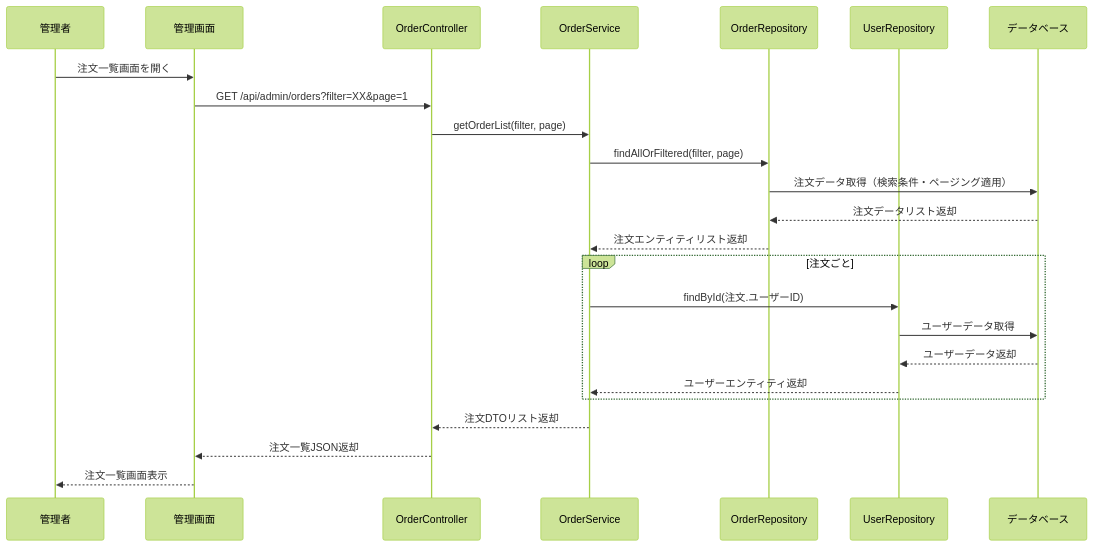
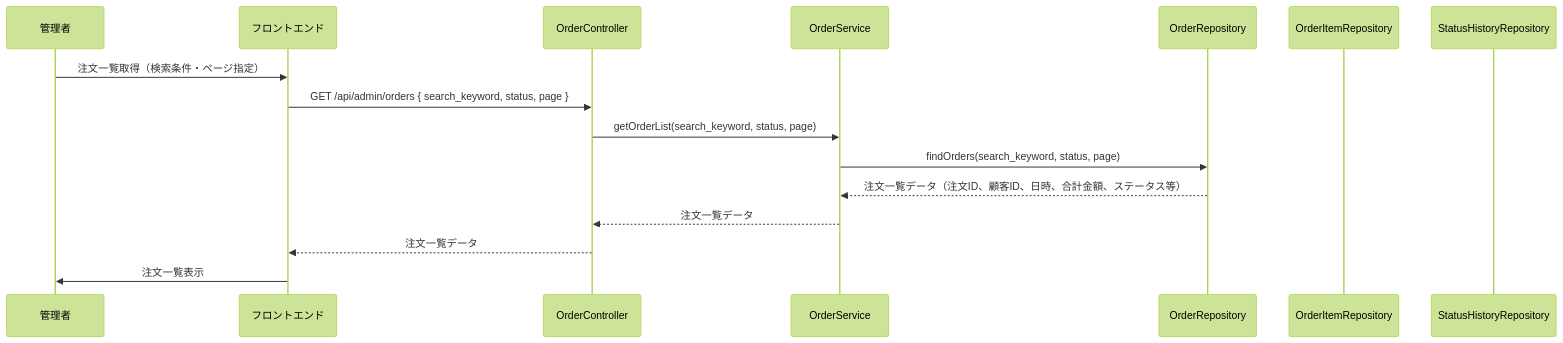
Before and after one commit to Aoi-Yaegashi/teamF: diagram 28 of 39 in 詳細設計/担当B_村田/3.2 機能詳細.md, drawn with Mermaid (forest theme). The commit also changed other lines of this file and 1 other file, not shown here.

```diff
--- a/詳細設計/担当B_村田/3.2 機能詳細.md
+++ b/詳細設計/担当B_村田/3.2 機能詳細.md
@@ -976,29 +1091,39 @@
    <div class="mermaid">
    sequenceDiagram
-    participant AdminUser as 管理者
-    participant Browser as 管理画面
-    participant OrderController as OrderController
-    participant OrderService as OrderService
+    participant Admin as 管理者
+    participant FE as フロントエンド
+    participant OrderC as OrderController
+    participant OrderS as OrderService
     participant OrderRepo as OrderRepository
-    participant UserRepo as UserRepository
-    participant DB as データベース
+    participant OrderItemRepo as OrderItemRepository
+    participant StatusRepo as StatusHistoryRepository
 
-    AdminUser->>Browser: 注文一覧画面を開く
-    Browser->>OrderController: GET /api/admin/orders?filter=XX&page=1
-    OrderController->>OrderService: getOrderList(filter, page)
-    OrderService->>OrderRepo: findAllOrFiltered(filter, page)
-    OrderRepo->>DB: 注文データ取得（検索条件・ページング適用）
-    DB-->>OrderRepo: 注文データリスト返却
-    OrderRepo-->>OrderService: 注文エンティティリスト返却
+    %% 1. 管理者が注文一覧画面を表示
+    Admin->>FE: 注文一覧取得（検索条件・ページ指定）
 
-    loop 注文ごと
-        OrderService->>UserRepo: findById(注文.ユーザーID)
-        UserRepo->>DB: ユーザーデータ取得
-        DB-->>UserRepo: ユーザーデータ返却
-        UserRepo-->>OrderService: ユーザーエンティティ返却
-    end
+    %% 2. フロントエンドがAPI呼び出し
+    FE->>OrderC: GET /api/admin/orders { search_keyword, status, page }
 
-    OrderService-->>OrderController: 注文DTOリスト返却
-    OrderController-->>Browser: 注文一覧JSON返却
-    Browser-->>AdminUser: 注文一覧画面表示
+    %% 3. コントローラがサービスに処理を依頼
+    OrderC->>OrderS: getOrderList(search_keyword, status, page)
+
+    %% 4. サービスがリポジトリに注文一覧を取得
+    OrderS->>OrderRepo: findOrders(search_keyword, status, page)
+    OrderRepo-->>OrderS: 注文一覧データ（注文ID、顧客ID、日時、合計金額、ステータス等）
+
+    %% 5. サービスが注文ごとの注文明細・ステータス履歴を必要に応じて取得
+    %% （一覧画面でサマリーのみの場合は省略可、詳細取得時は下記を参照）
+    %% OrderS->>OrderItemRepo: findOrderItemsByOrderIds(order_id_list)
+    %% OrderItemRepo-->>OrderS: 注文明細一覧
+    %% OrderS->>StatusRepo: findStatusHistoriesByOrderIds(order_id_list)
+    %% StatusRepo-->>OrderS: ステータス履歴一覧
+
+    %% 6. サービスがコントローラに返却
+    OrderS-->>OrderC: 注文一覧データ
+
+    %% 7. コントローラがフロントエンドに返却
+    OrderC-->>FE: 注文一覧データ
+
+    %% 8. フロントエンドが画面に一覧を表示
+    FE->>Admin: 注文一覧表示
 </div>
```
